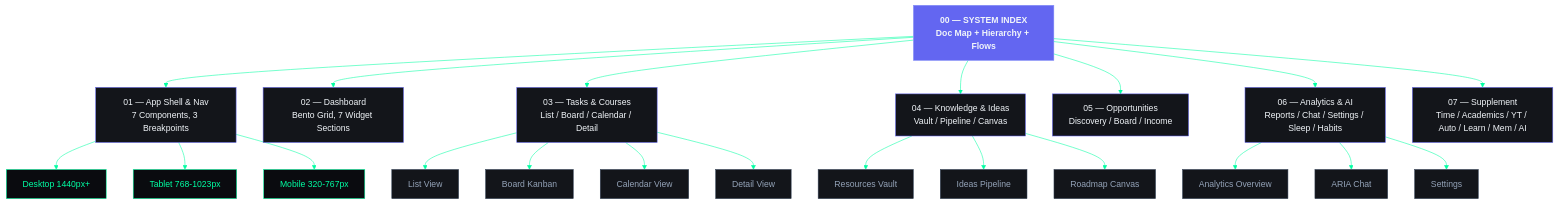
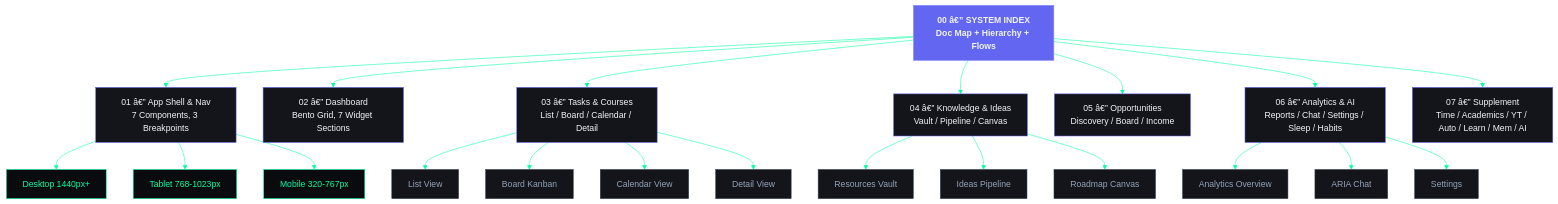
The diagram in docs/design/wireframes/00_WIREFRAME_SYSTEM_INDEX.md (rohitkumarnaidu/ARIA-OS---SecondBrain-), drawn with Mermaid before and after one commit. The commit also changed other lines of this file and 8 other files, not shown here.

````diff
--- a/docs/design/wireframes/00_WIREFRAME_SYSTEM_INDEX.md
+++ b/docs/design/wireframes/00_WIREFRAME_SYSTEM_INDEX.md
@@ -64,35 +64,35 @@
 ```mermaid
 %%{init: {'theme':'base','themeVariables':{'primaryColor':'#6366F1','primaryTextColor':'#F1F5F9','lineColor':'#00FFA3','secondaryColor':'#13151A','tertiaryColor':'#0A0B0F','fontFamily':'DM Sans'}}}%%
 graph TD
-    Index["00 — SYSTEM INDEX<br/>Doc Map + Hierarchy + Flows"]:::index
+    Index["00 â€” SYSTEM INDEX<br/>Doc Map + Hierarchy + Flows"]:::index
 
-    Index --> Shell["01 — App Shell & Nav<br/>7 Components, 3 Breakpoints"]:::doc
-    Index --> Dash["02 — Dashboard<br/>Bento Grid, 7 Widget Sections"]:::doc
-    Index --> Tasks["03 — Tasks & Courses<br/>List / Board / Calendar / Detail"]:::doc
-    Index --> Knowledge["04 — Knowledge & Ideas<br/>Vault / Pipeline / Canvas"]:::doc
-    Index --> Opps["05 — Opportunities<br/>Discovery / Board / Income"]:::doc
-    Index --> Analytics["06 — Analytics & AI<br/>Reports / Chat / Settings / Sleep / Habits"]:::doc
-    Index --> Supp["07 — Supplement<br/>Time / Academics / YT / Auto / Learn / Mem / AI"]:::doc
+    Index --> Shell["01 â€” App Shell & Nav<br/>7 Components, 3 Breakpoints"]:::doc
+    Index --> Dash["02 â€” Dashboard<br/>Bento Grid, 7 Widget Sections"]:::doc
+    Index --> Tasks["03 â€” Tasks & Courses<br/>List / Board / Calendar / Detail"]:::doc
+    Index --> Knowledge["04 â€” Knowledge & Ideas<br/>Vault / Pipeline / Canvas"]:::doc
+    Index --> Opps["05 â€” Opportunities<br/>Discovery / Board / Income"]:::doc
+    Index --> Analytics["06 â€” Analytics & AI<br/>Reports / Chat / Settings / Sleep / Habits"]:::doc
+    Index --> Supp["07 â€” Supplement<br/>Time / Academics / YT / Auto / Learn / Mem / AI"]:::doc
 
     Shell --> Desktop["Desktop 1440px+"]:::bp
     Shell --> Tablet["Tablet 768-1023px"]:::bp
     Shell --> Mobile["Mobile 320-767px"]:::bp
 
     Tasks --> List["List View"]:::view
     Tasks --> Board["Board Kanban"]:::view
     Tasks --> Calendar["Calendar View"]:::view
     Tasks --> Detail["Detail View"]:::view
 
     Knowledge --> Resources["Resources Vault"]:::view
     Knowledge --> Ideas["Ideas Pipeline"]:::view
     Knowledge --> Roadmap["Roadmap Canvas"]:::view
 
     Analytics --> AOverview["Analytics Overview"]:::view
     Analytics --> Chat["ARIA Chat"]:::view
     Analytics --> Settings["Settings"]:::view
 
     classDef index fill:#6366F1,stroke:#818CF8,color:#F1F5F9,font-weight:700
     classDef doc fill:#13151A,stroke:#6366F1,color:#F1F5F9
     classDef bp fill:#0A0B0F,stroke:#00FFA3,color:#00FFA3
     classDef view fill:#13151A,stroke:#334155,color:#94A3B8
 ```
````
